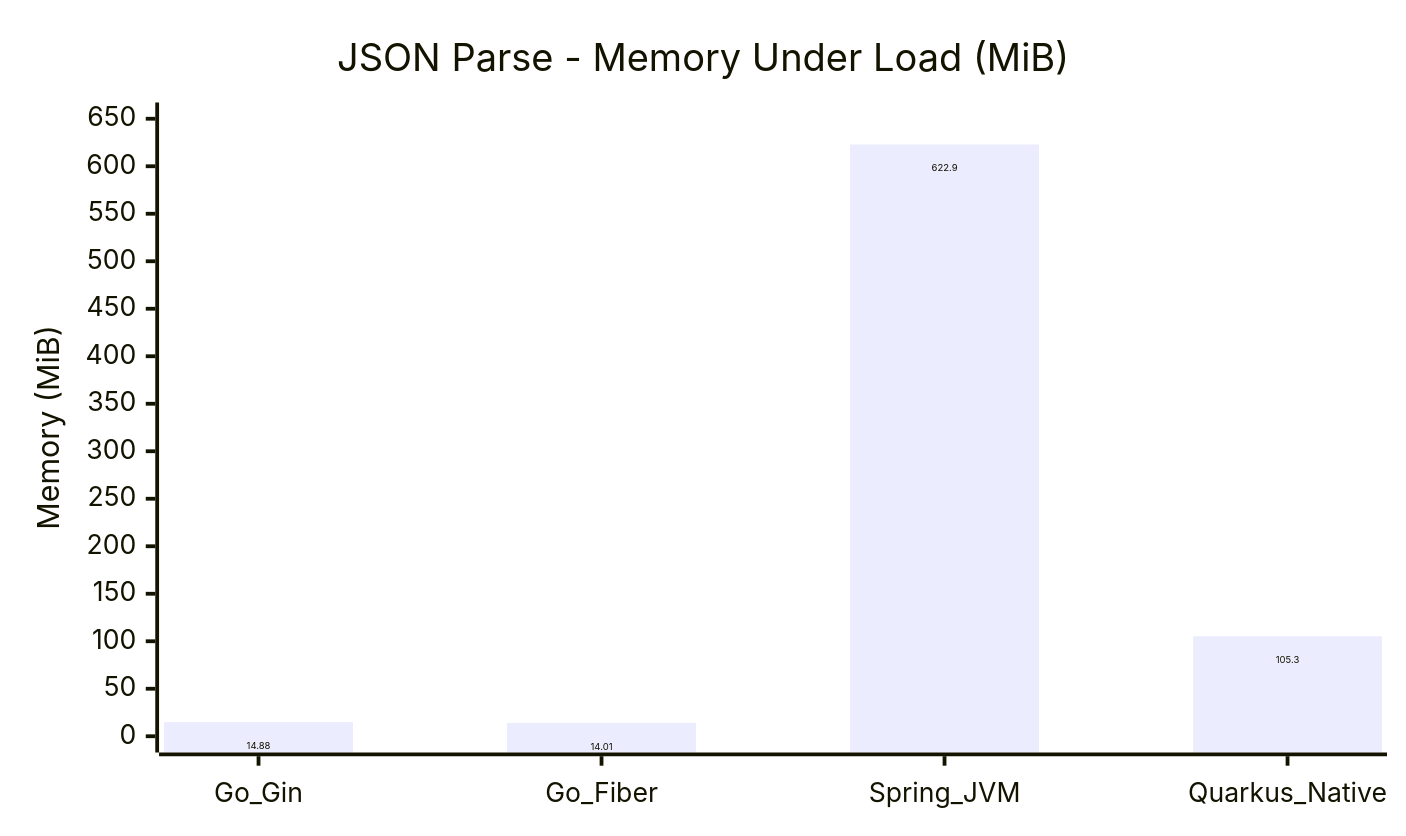
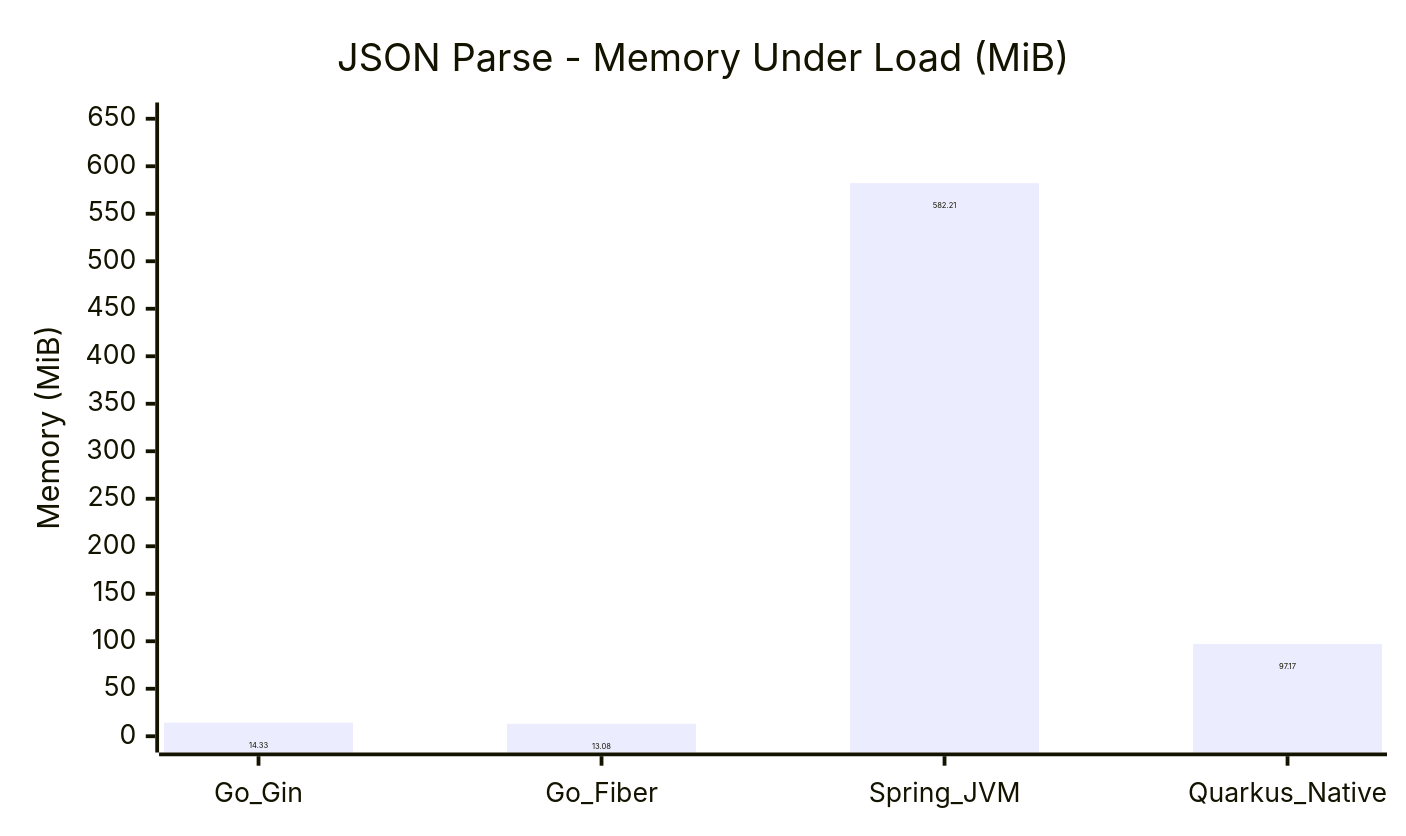
Before and after one commit to hiiamtin/go-vs-java: the ninth of 15 diagrams in COMPARISON_REPORT.md, drawn with Mermaid. The commit also changed other lines of this file and 93 other files, not shown here.

````diff
--- a/COMPARISON_REPORT.md
+++ b/COMPARISON_REPORT.md
@@ -174,14 +174,14 @@
 ```mermaid
 ---
 config:
   xyChart:
     width: 720
     height: 420
     showDataLabel: true
 ---
 xychart
     title "JSON Parse - Memory Under Load (MiB)"
     x-axis [Go_Gin, Go_Fiber, Spring_JVM, Quarkus_Native]
     y-axis "Memory (MiB)" 0 --> 650
-    bar [14.88, 14.01, 622.9, 105.3]
+    bar [14.33, 13.08, 582.21, 97.17]
 ```
````
